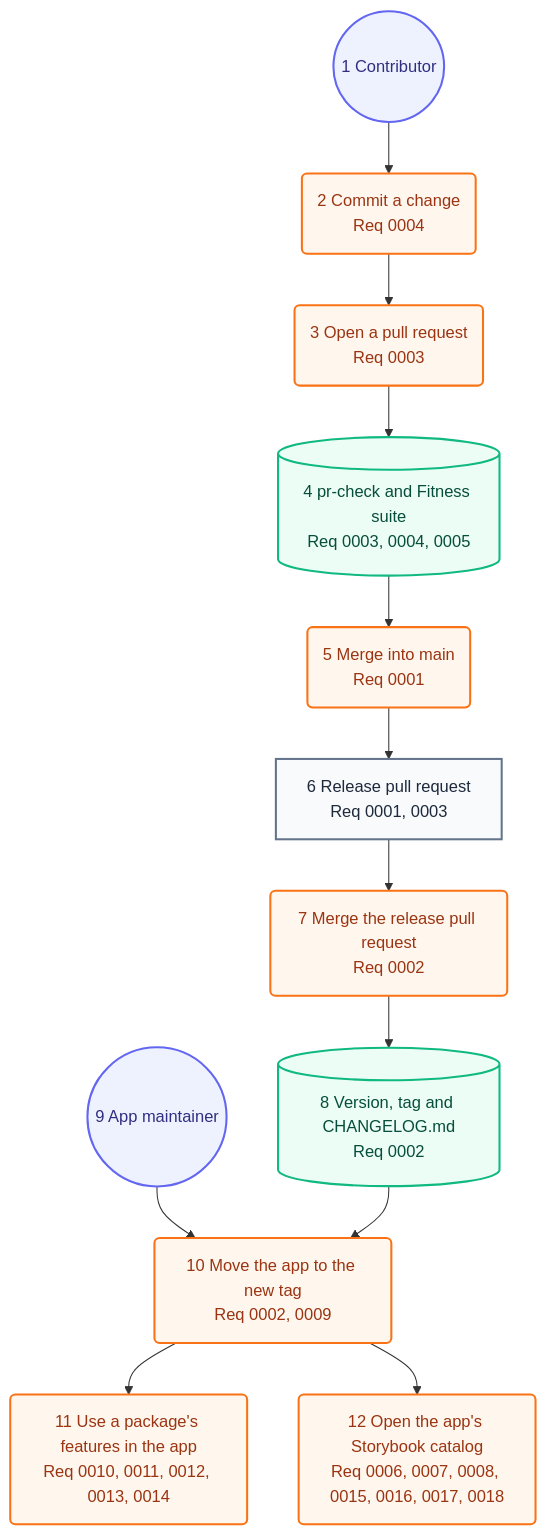
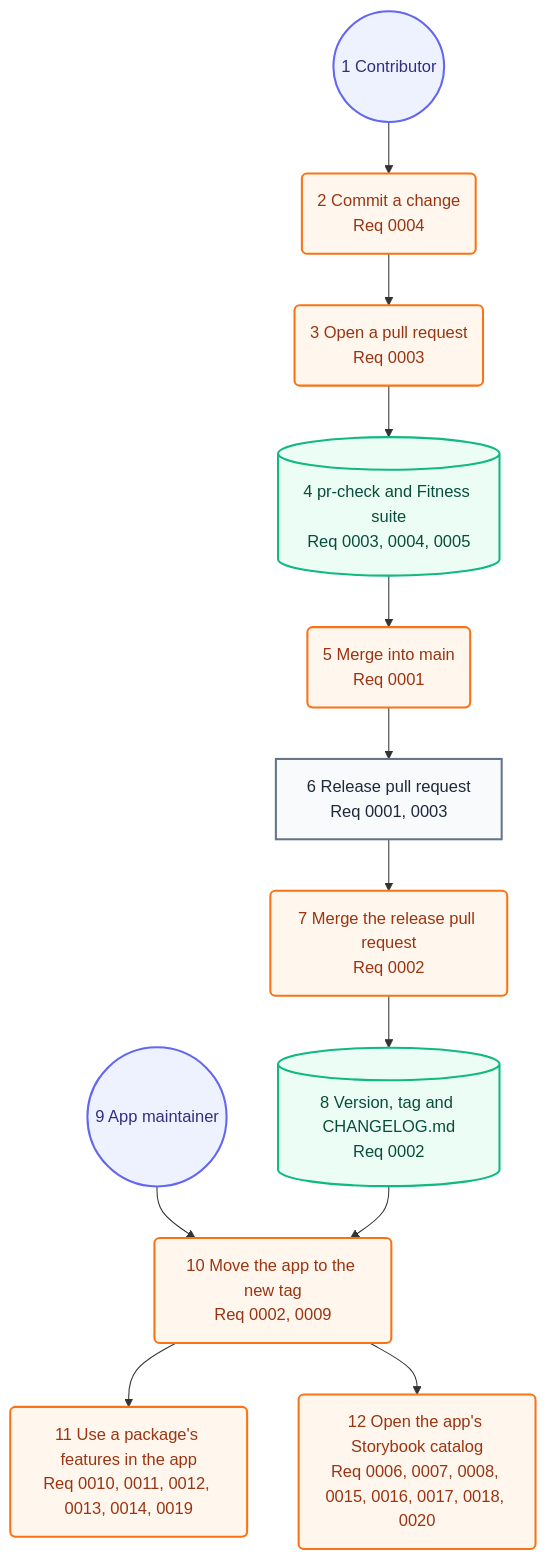
The second of 2 diagrams in docs/architecture/05-user-journey.md (may-journal/common-swift), drawn with Mermaid before and after one commit. The commit also changed 51 other files, not shown here.

First line of the commit message:
feat(storybook): group catalog pages by requirement (#80)

````diff
--- a/docs/architecture/05-user-journey.md
+++ b/docs/architecture/05-user-journey.md
@@ -33,32 +33,32 @@
 ```mermaid
 flowchart TB
     contributor((1 Contributor)):::persona
     commit(2 Commit a change<br/>Req 0004):::action
     open(3 Open a pull request<br/>Req 0003):::action
     checks[(4 pr-check and Fitness suite<br/>Req 0003, 0004, 0005)]:::system
     merge(5 Merge into main<br/>Req 0001):::action
     releasePR[6 Release pull request<br/>Req 0001, 0003]:::screen
     release(7 Merge the release pull request<br/>Req 0002):::action
     tag[(8 Version, tag and CHANGELOG.md<br/>Req 0002)]:::system
     maintainer((9 App maintainer)):::persona
     update(10 Move the app to the new tag<br/>Req 0002, 0009):::action
-    adopt(11 Use a package's features in the app<br/>Req 0010, 0011, 0012, 0013, 0014):::action
-    storybook(12 Open the app's Storybook catalog<br/>Req 0006, 0007, 0008, 0015, 0016, 0017, 0018):::action
+    adopt(11 Use a package's features in the app<br/>Req 0010, 0011, 0012, 0013, 0014, 0019):::action
+    storybook(12 Open the app's Storybook catalog<br/>Req 0006, 0007, 0008, 0015, 0016, 0017, 0018, 0020):::action
 
     contributor --> commit
     commit --> open
     open --> checks
     checks --> merge
     merge --> releasePR
     releasePR --> release
     release --> tag
     maintainer --> update
     tag --> update
     update --> adopt
     update --> storybook
 
     classDef persona fill:#eef2ff,stroke:#6366f1,color:#312e81,stroke-width:2px
     classDef screen fill:#f8fafc,stroke:#64748b,color:#1e293b,stroke-width:2px
     classDef action fill:#fff7ed,stroke:#f97316,color:#9a3412,stroke-width:2px
     classDef system fill:#ecfdf5,stroke:#10b981,color:#064e3b,stroke-width:2px
 ```
````
